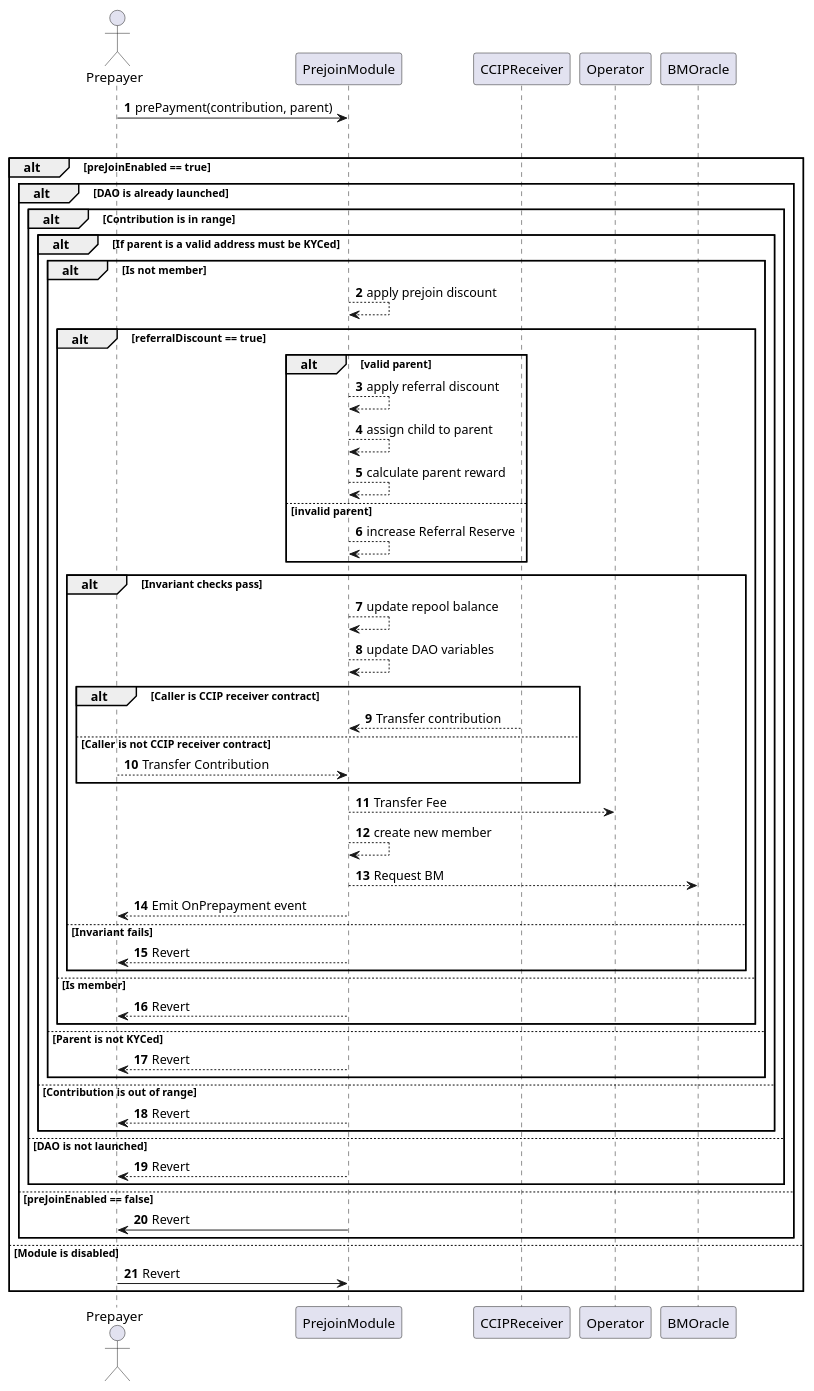
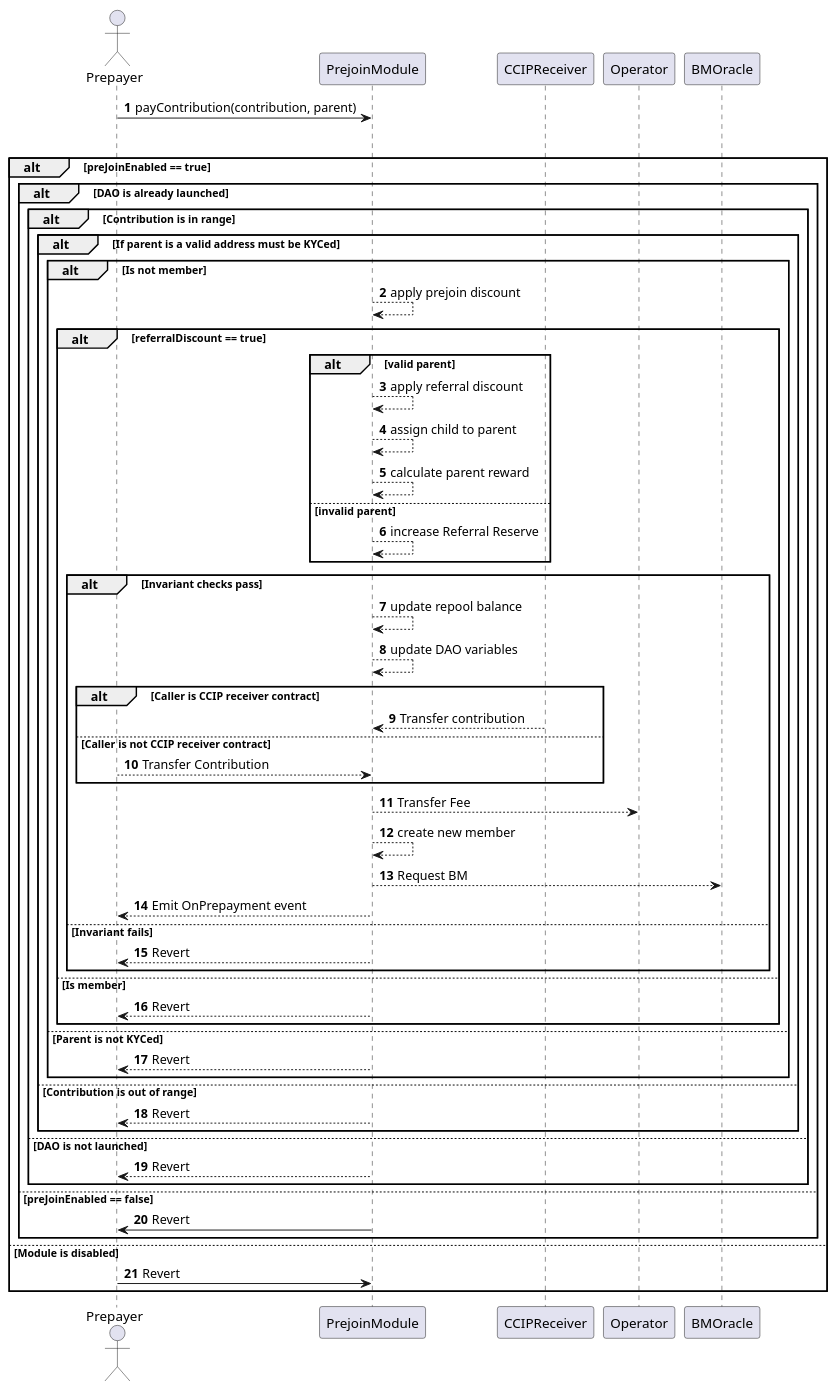
One commit to TakafulDAO/takasure.sc changed the diagram in docs/sequence_diagrams/PrejoinModule/02-payments-no-coupon.puml. Above: the diagram before and after it, drawn with PlantUML.

```diff
--- a/docs/sequence_diagrams/PrejoinModule/02-payments-no-coupon.puml
+++ b/docs/sequence_diagrams/PrejoinModule/02-payments-no-coupon.puml
@@ -1,69 +1,69 @@
 @startuml Payments
 autonumber
 
 actor Prepayer
 
-Prepayer -> PrejoinModule: prePayment(contribution, parent)
+Prepayer -> PrejoinModule: payContribution(contribution, parent)
 
 alt Module is enabled
     alt preJoinEnabled == true
         alt DAO is already launched
             alt Contribution is in range
                 alt If parent is a valid address must be KYCed
                     alt Is not member
 
                         PrejoinModule --> PrejoinModule: apply prejoin discount
 
                         alt referralDiscount == true                
                             alt valid parent
                                 PrejoinModule --> PrejoinModule: apply referral discount
                                 PrejoinModule --> PrejoinModule: assign child to parent
                                 PrejoinModule --> PrejoinModule: calculate parent reward
                             else invalid parent
                                 PrejoinModule --> PrejoinModule: increase Referral Reserve
                             end
 
                         alt Invariant checks pass
                             PrejoinModule --> PrejoinModule: update repool balance
                             PrejoinModule --> PrejoinModule: update DAO variables
 
                             alt Caller is CCIP receiver contract
                                 CCIPReceiver --> PrejoinModule: Transfer contribution
                             else Caller is not CCIP receiver contract
                                 Prepayer --> PrejoinModule: Transfer Contribution
                             end
 
                             PrejoinModule --> Operator: Transfer Fee
                             PrejoinModule --> PrejoinModule: create new member
                             PrejoinModule --> BMOracle: Request BM
                             PrejoinModule --> Prepayer: Emit OnPrepayment event
 
                         else Invariant fails
                             PrejoinModule --> Prepayer: Revert
                         end
 
                     else Is member
                         PrejoinModule --> Prepayer: Revert
                     end
 
                 else Parent is not KYCed
                     PrejoinModule --> Prepayer: Revert
                 end
 
             else Contribution is out of range
                 PrejoinModule --> Prepayer: Revert
             end
 
         else DAO is not launched
             PrejoinModule --> Prepayer: Revert
         end
 
     else preJoinEnabled == false
         PrejoinModule -> Prepayer: Revert
     end
 
 else Module is disabled
     Prepayer -> PrejoinModule: Revert
 end
 
 @enduml    
```
